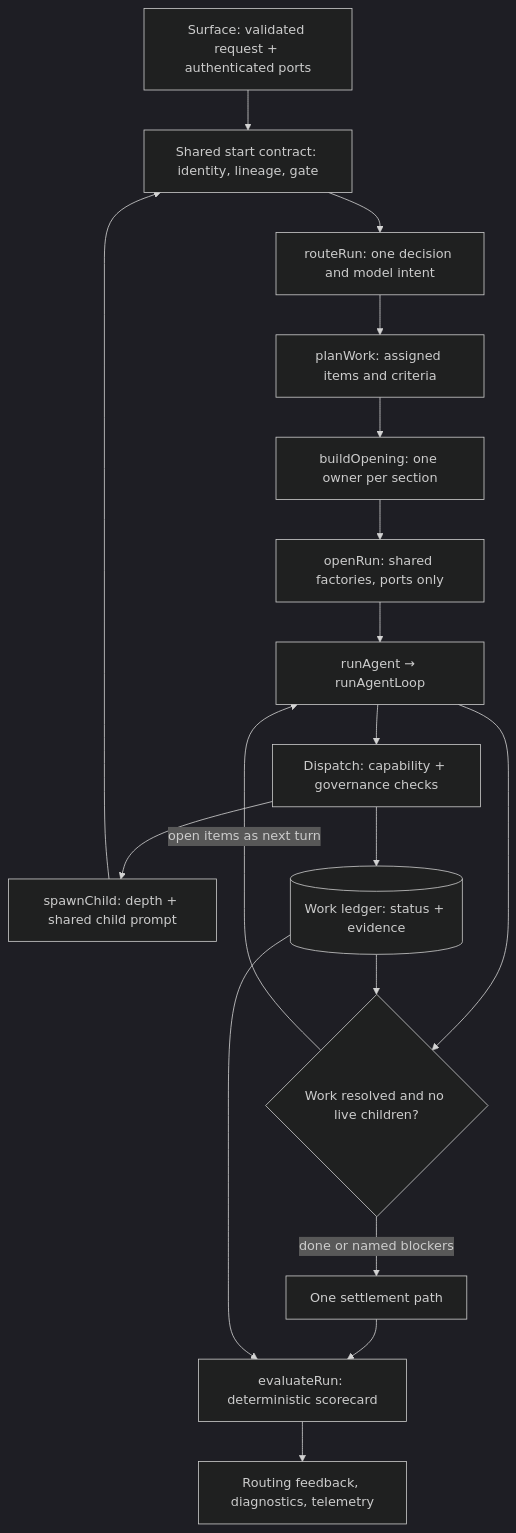
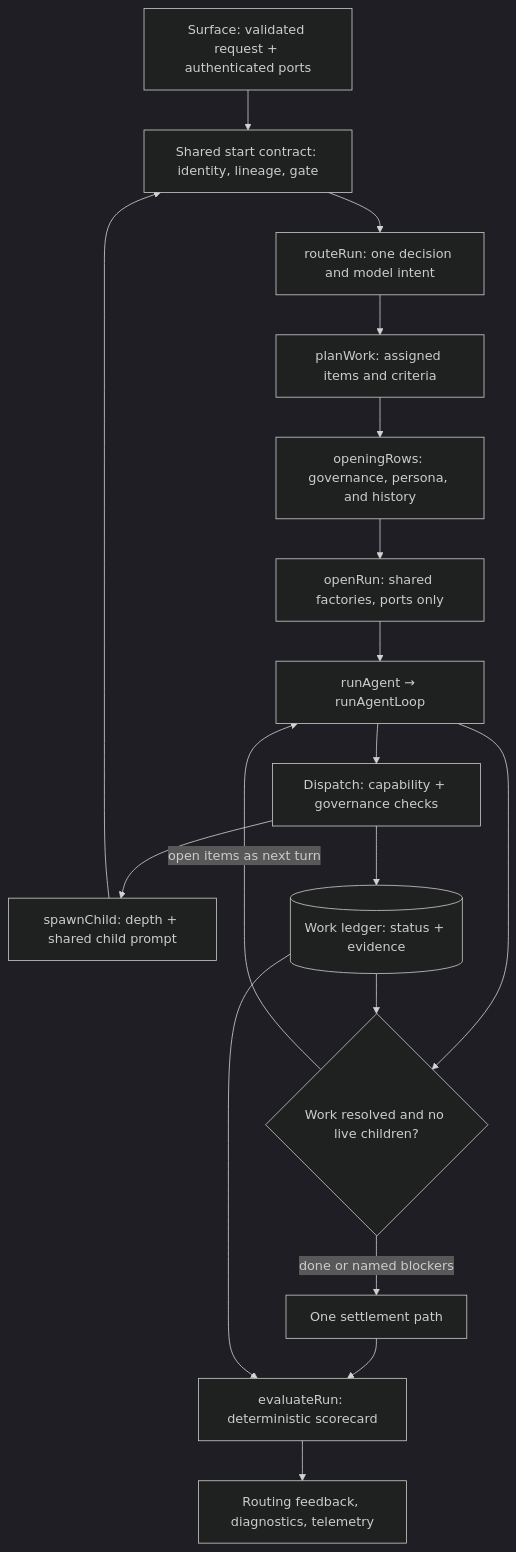
One commit to SeanHogg/Builderforce.ai changed the second of 2 diagrams in docs/specs/_scratch-agent-pipeline-map.md. Above: the diagram before and after it, drawn with Mermaid (dark theme). The commit also changed other lines of this file and 30 other files, not shown here.

````diff
--- a/docs/specs/_scratch-agent-pipeline-map.md
+++ b/docs/specs/_scratch-agent-pipeline-map.md
@@ -85,20 +86,20 @@
 ```mermaid
 flowchart TD
   Surface[Surface: validated request + authenticated ports] --> Start[Shared start contract: identity, lineage, gate]
   Spawn[spawnChild: depth + shared child prompt] --> Start
   Start --> Route[routeRun: one decision and model intent]
   Route --> Work[planWork: assigned items and criteria]
-  Work --> Opening[buildOpening: one owner per section]
+  Work --> Opening[openingRows: governance, persona, and history]
   Opening --> Compose[openRun: shared factories, ports only]
   Compose --> Kernel[runAgent → runAgentLoop]
   Kernel --> Dispatch[Dispatch: capability + governance checks]
   Dispatch --> Spawn
   Dispatch --> Ledger[(Work ledger: status + evidence)]
   Kernel --> Finish{Work resolved and no live children?}
   Ledger --> Finish
   Finish -->|open items as next turn| Kernel
   Finish -->|done or named blockers| Settle[One settlement path]
   Settle --> Grade[evaluateRun: deterministic scorecard]
   Ledger --> Grade
   Grade --> Outcome[Routing feedback, diagnostics, telemetry]
 ```
````
